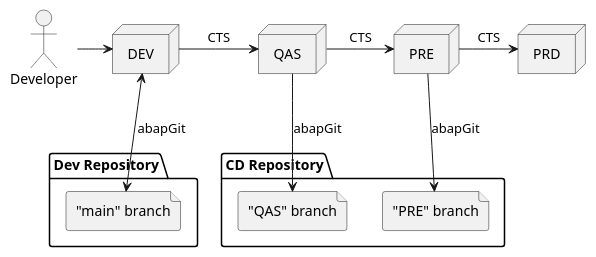
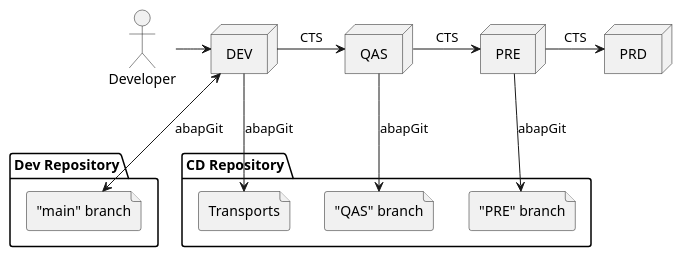
The first of 2 diagrams in src/deployment.adoc (heliconialabs/practical-ci-cd-for-abap), drawn with PlantUML before and after one commit. The commit also changed other lines of this file and 3 other files, not shown here.

```diff
--- a/src/deployment.adoc
+++ b/src/deployment.adoc
@@ -13,30 +17,32 @@
 [plantuml]
 ....
 skinparam monochrome true
 
 actor Developer
 
 package "Dev Repository" {
   file ""main" branch"as git
 }
 
 node DEV
 node QAS
 node PRE
 node PRD
 
 Developer -> DEV
 git <-up-> DEV: abapGit
 
 package "CD Repository" {
+  file "Transports" as UC1
   file ""QAS" branch" as UC2
   file ""PRE" branch" as UC3
 }
 
 DEV -> QAS: CTS
 QAS -> PRE: CTS
 PRE -> PRD: CTS
 
+DEV -down-> UC1: abapGit
 QAS -down-> UC2: abapGit
 PRE -> UC3: abapGit
 ....
```
